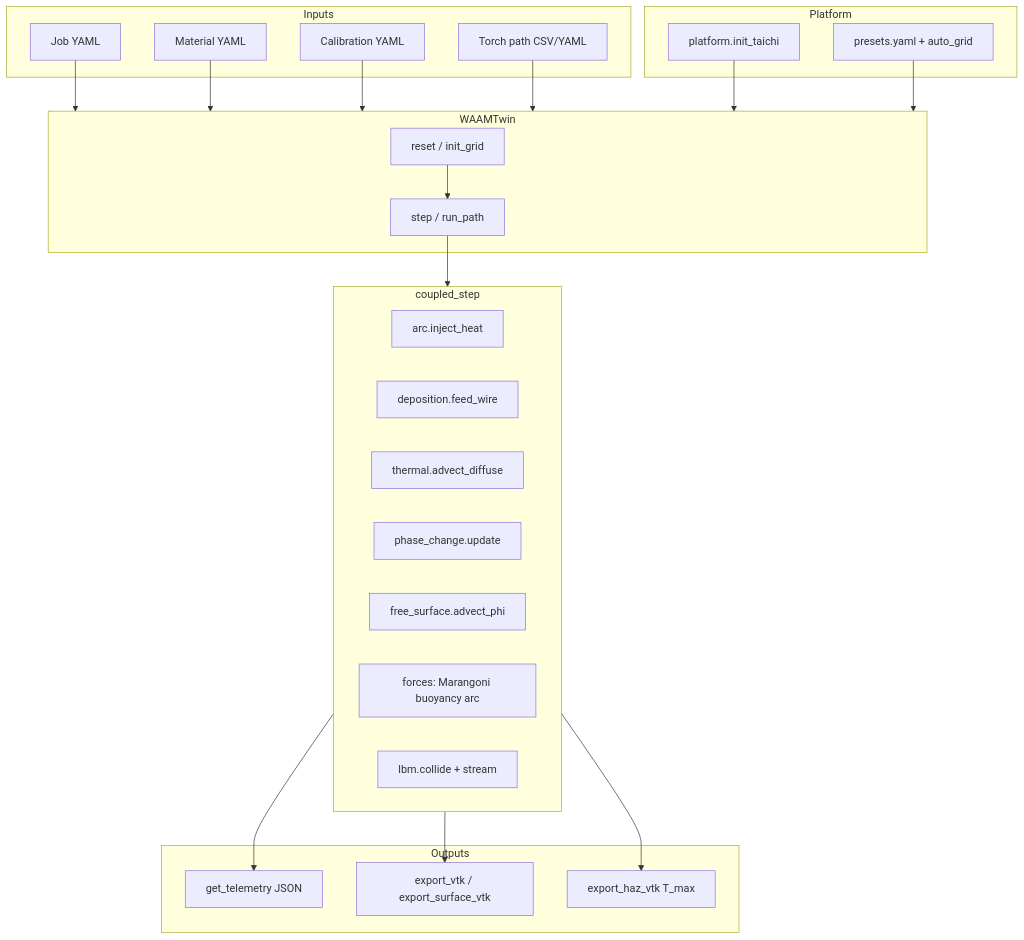
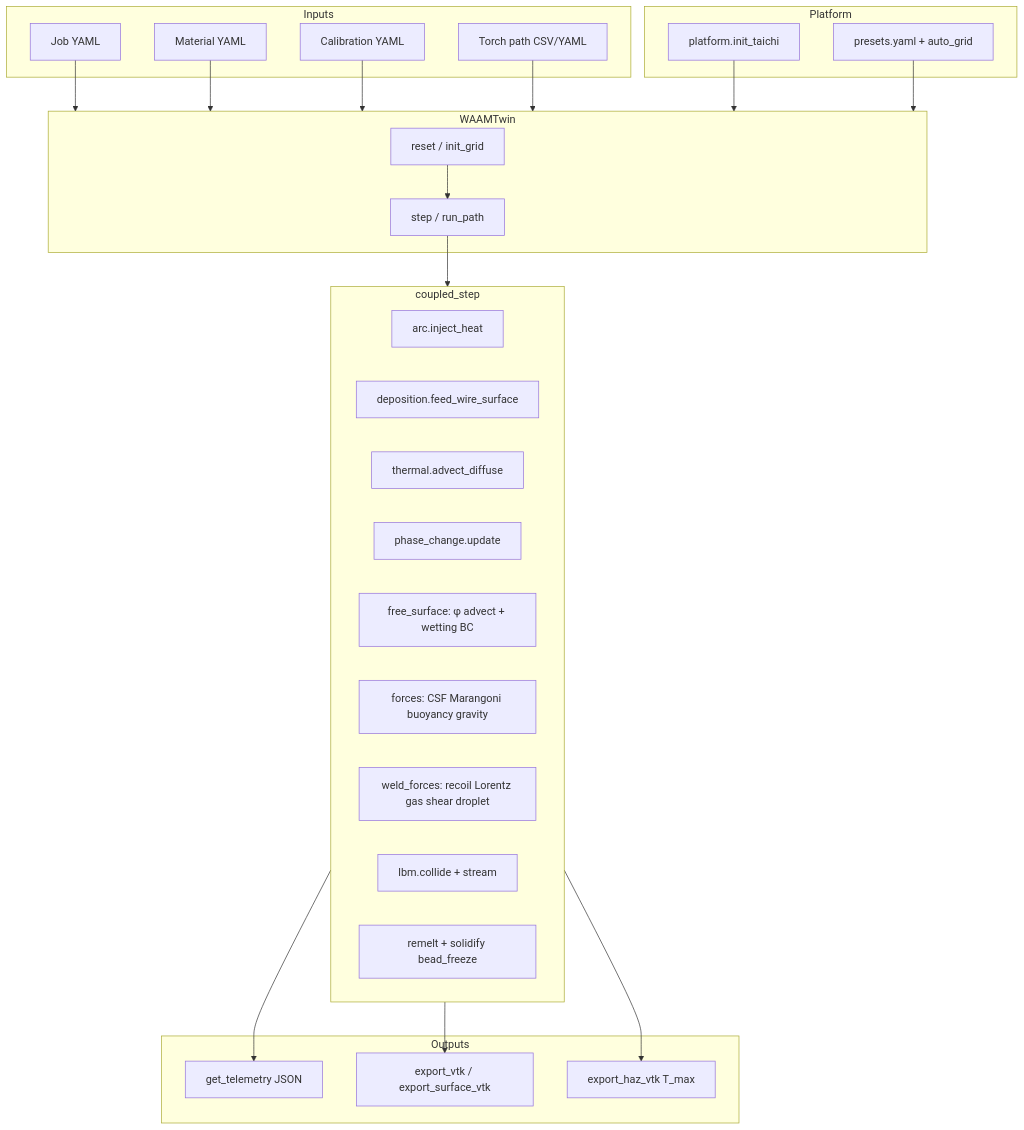
The diagram in README.md (THEDARKDEACON/waam_solver), drawn with Mermaid before and after one commit. The commit also changed other lines of this file and 30 other files, not shown here.

````diff
--- a/README.md
+++ b/README.md
@@ -73,47 +80,49 @@
 ```mermaid
 flowchart TB
   subgraph inputs [Inputs]
     JOB[Job YAML]
     MAT[Material YAML]
     CAL[Calibration YAML]
     PATH[Torch path CSV/YAML]
   end
 
   subgraph platform [Platform]
     INIT[platform.init_taichi]
     PRE[presets.yaml + auto_grid]
   end
 
   subgraph twin [WAAMTwin]
     RESET[reset / init_grid]
     STEP[step / run_path]
   end
 
   subgraph solver [coupled_step]
     ARC[arc.inject_heat]
-    DEP[deposition.feed_wire]
+    DEP[deposition.feed_wire_surface]
     TH[thermal.advect_diffuse]
     PC[phase_change.update]
-    VOF[free_surface.advect_phi]
-    FRC[forces: Marangoni buoyancy arc]
+    VOF[free_surface: φ advect + wetting BC]
+    FRC[forces: CSF Marangoni buoyancy gravity]
+    WELD[weld_forces: recoil Lorentz gas shear droplet]
     LBM[lbm.collide + stream]
+    FRZ[remelt + solidify bead_freeze]
   end
 
   subgraph outputs [Outputs]
     TEL[get_telemetry JSON]
     VTK[export_vtk / export_surface_vtk]
     HAZ[export_haz_vtk T_max]
   end
 
   JOB --> twin
   MAT --> twin
   CAL --> twin
   PATH --> twin
   INIT --> twin
   PRE --> twin
   RESET --> STEP
   STEP --> solver
   solver --> TEL
   solver --> VTK
   solver --> HAZ
 ```
````
